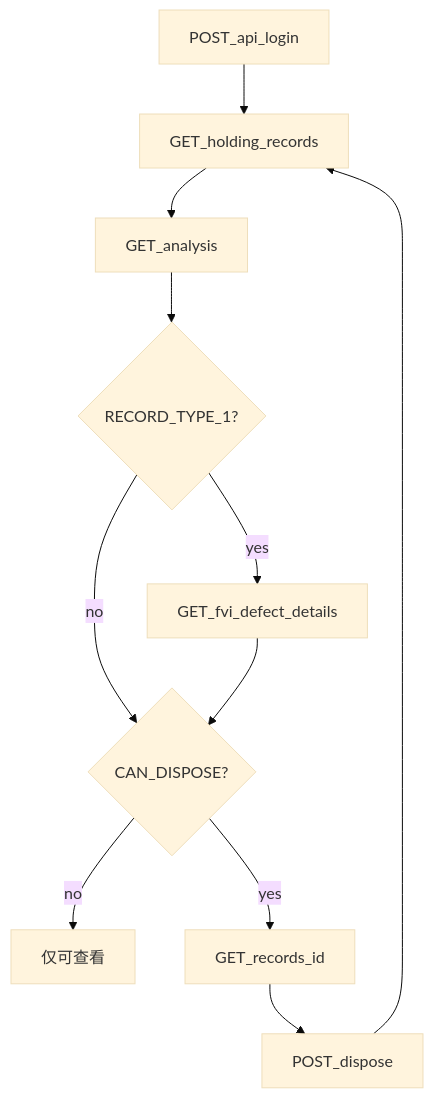
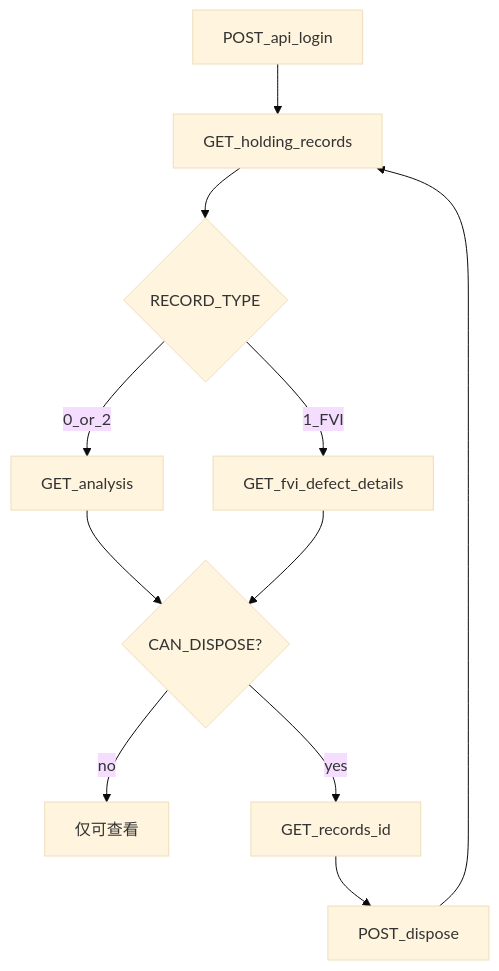
The diagram in docs/06-客户端集成流程.md (ZhuZhu1711/Hold-Backend), drawn with Mermaid (base theme) before and after one commit. The commit also changed other lines of this file and 7 other files, not shown here.

````diff
--- a/docs/06-客户端集成流程.md
+++ b/docs/06-客户端集成流程.md
@@ -35,13 +39,13 @@
 ```mermaid
 flowchart TD
   login[POST_api_login] --> list[GET_holding_records]
-  list --> analyze[GET_analysis]
-  analyze --> fvi{RECORD_TYPE_1?}
-  fvi -->|yes| fviApi[GET_fvi_defect_details]
-  fvi -->|no| canDispose{CAN_DISPOSE?}
+  list --> pick{RECORD_TYPE}
+  pick -->|1_FVI| fviApi[GET_fvi_defect_details]
+  pick -->|0_or_2| analyze[GET_analysis]
+  analyze --> canDispose{CAN_DISPOSE?}
   fviApi --> canDispose
   canDispose -->|no| viewOnly[仅可查看]
   canDispose -->|yes| load[GET_records_id]
   load --> submit[POST_dispose]
   submit --> list
 ```
````
